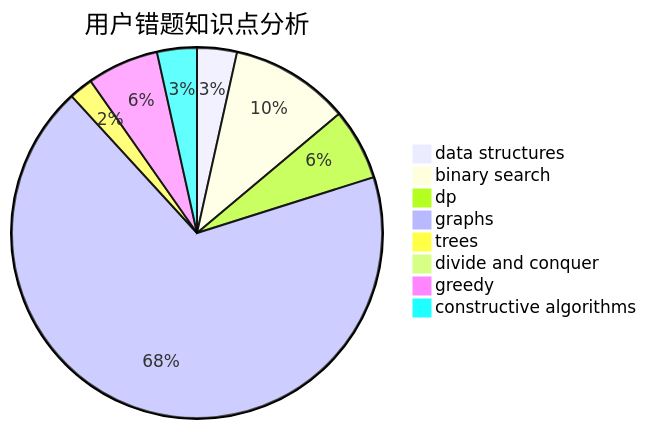
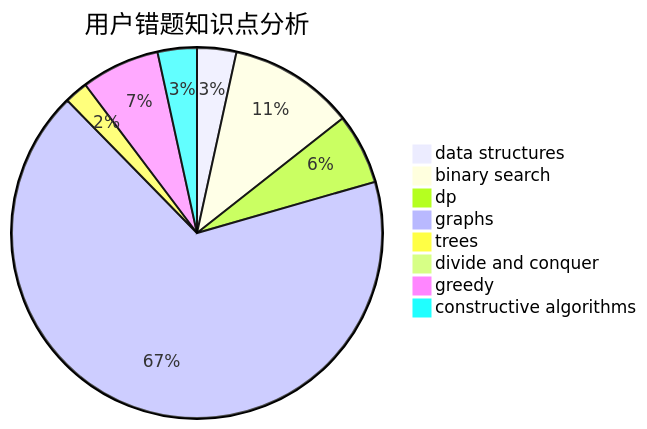
One commit to sherpahu/cfrs.github.io changed the third of 3 diagrams in docs/user/u1420.md. Above: the diagram before and after it, drawn with Mermaid. The commit also changed other lines of this file and 2770 other files, not shown here.

````diff
--- a/docs/user/u1420.md
+++ b/docs/user/u1420.md
@@ -36,11 +36,11 @@
 ```mermaid
 pie title 用户错题知识点分析
     "data structures" :  5
-    "binary search" :  15
+    "binary search" :  16
     "dp" :  9
     "graphs" :  98
     "trees" :  3
     "divide and conquer" :  1
-    "greedy" :  9
+    "greedy" :  10
     "constructive algorithms" :  5
 ```
````
